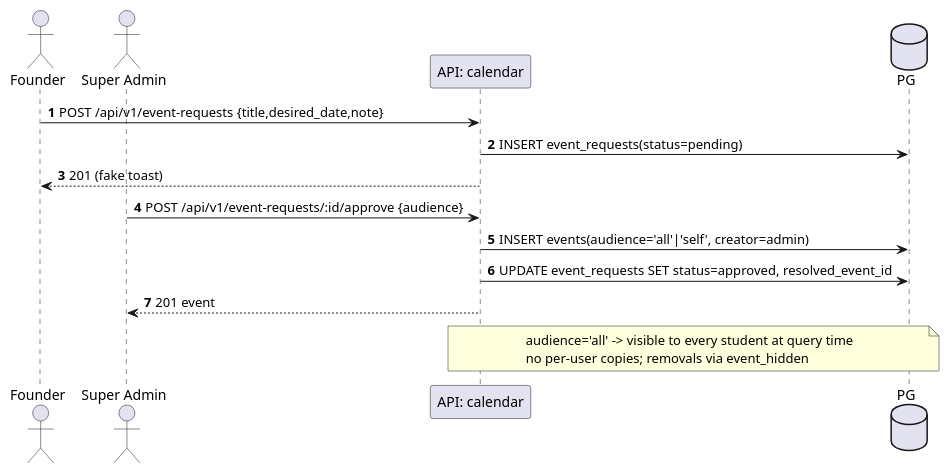
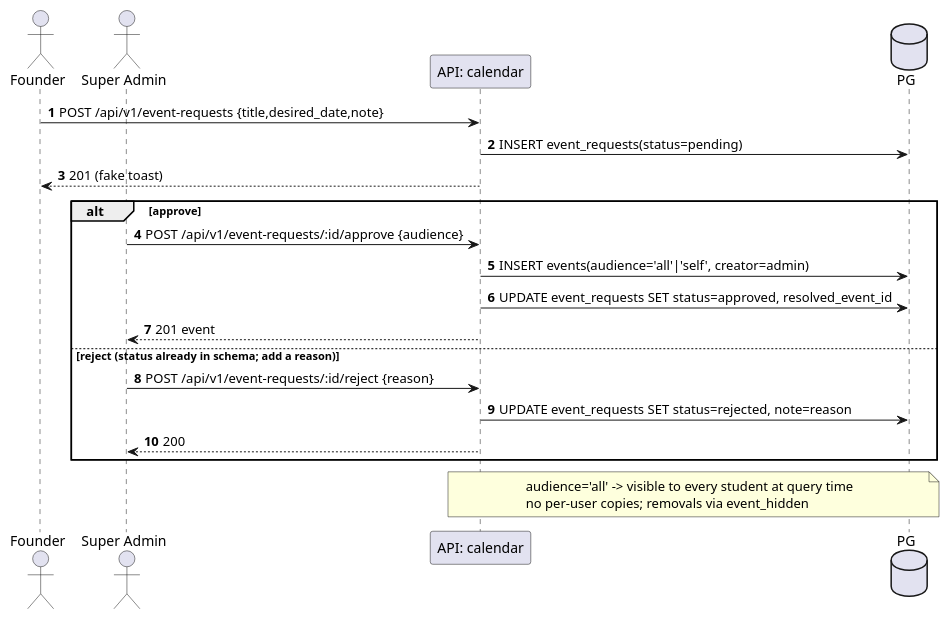
The sixth of 8 diagrams in IFN Backend — Sequence Flows.md (basiltest/i), drawn with PlantUML before and after one commit. The commit also changed other lines of this file and 3 other files, not shown here.

````diff
--- a/IFN Backend — Sequence Flows.md
+++ b/IFN Backend — Sequence Flows.md
@@ -200,19 +201,25 @@
 ```plantuml
 @startuml
 autonumber
 actor Founder
 actor "Super Admin" as Admin
 participant "API: calendar" as API
 database PG
 
 Founder -> API : POST /api/v1/event-requests {title,desired_date,note}
 API -> PG : INSERT event_requests(status=pending)
 API --> Founder : 201 (fake toast)
 
-Admin -> API : POST /api/v1/event-requests/:id/approve {audience}
-API -> PG : INSERT events(audience='all'|'self', creator=admin)
-API -> PG : UPDATE event_requests SET status=approved, resolved_event_id
-API --> Admin : 201 event
+alt approve
+  Admin -> API : POST /api/v1/event-requests/:id/approve {audience}
+  API -> PG : INSERT events(audience='all'|'self', creator=admin)
+  API -> PG : UPDATE event_requests SET status=approved, resolved_event_id
+  API --> Admin : 201 event
+else reject (status already in schema; add a reason)
+  Admin -> API : POST /api/v1/event-requests/:id/reject {reason}
+  API -> PG : UPDATE event_requests SET status=rejected, note=reason
+  API --> Admin : 200
+end
 note over API,PG : audience='all' -> visible to every student at query time\nno per-user copies; removals via event_hidden
 @enduml
 ```
````
